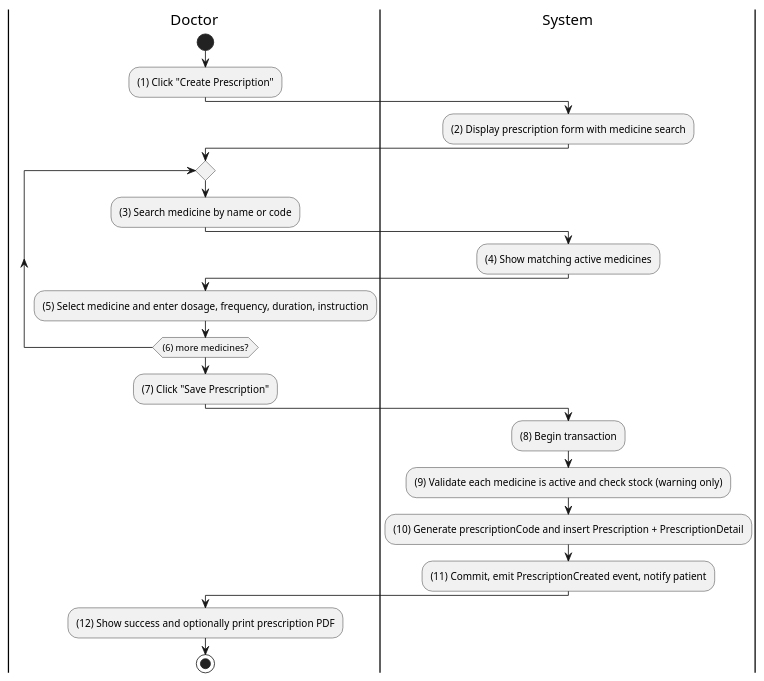
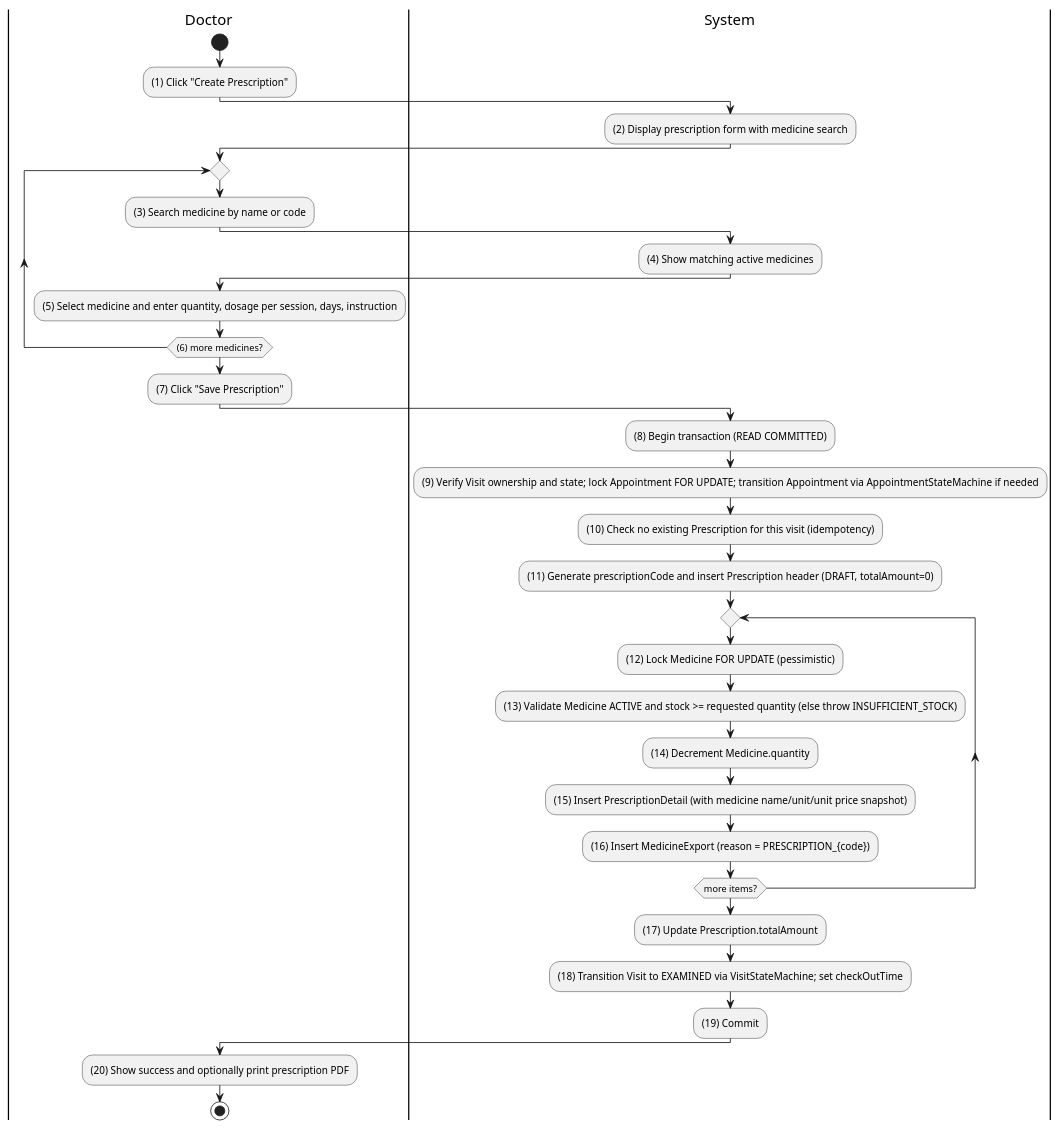
Diagram 15 of 27 in Docs/SRS.md (MinhThienNguyen040905/SE356---He-thong-phong-kham), drawn with PlantUML before and after one commit. The commit also changed other lines of this file and 2 other files, not shown here.

First line of the commit message:
Refine transaction boundaries and data integrity rules in the Clinic Management System documentation

````diff
--- a/Docs/SRS.md
+++ b/Docs/SRS.md
@@ -875,26 +875,36 @@
 ```plantuml
 @startuml
 |Doctor|
 start
 :(1) Click "Create Prescription";
 |System|
 :(2) Display prescription form with medicine search;
 |Doctor|
 repeat
   :(3) Search medicine by name or code;
   |System|
   :(4) Show matching active medicines;
   |Doctor|
-  :(5) Select medicine and enter dosage, frequency, duration, instruction;
+  :(5) Select medicine and enter quantity, dosage per session, days, instruction;
 repeat while ((6) more medicines?)
 :(7) Click "Save Prescription";
 |System|
-:(8) Begin transaction;
-:(9) Validate each medicine is active and check stock (warning only);
-:(10) Generate prescriptionCode and insert Prescription + PrescriptionDetail;
-:(11) Commit, emit PrescriptionCreated event, notify patient;
+:(8) Begin transaction (READ COMMITTED);
+:(9) Verify Visit ownership and state; lock Appointment FOR UPDATE; transition Appointment via AppointmentStateMachine if needed;
+:(10) Check no existing Prescription for this visit (idempotency);
+:(11) Generate prescriptionCode and insert Prescription header (DRAFT, totalAmount=0);
+repeat
+  :(12) Lock Medicine FOR UPDATE (pessimistic);
+  :(13) Validate Medicine ACTIVE and stock >= requested quantity (else throw INSUFFICIENT_STOCK);
+  :(14) Decrement Medicine.quantity;
+  :(15) Insert PrescriptionDetail (with medicine name/unit/unit price snapshot);
+  :(16) Insert MedicineExport (reason = PRESCRIPTION_{code});
+repeat while (more items?)
+:(17) Update Prescription.totalAmount;
+:(18) Transition Visit to EXAMINED via VisitStateMachine; set checkOutTime;
+:(19) Commit;
 |Doctor|
-:(12) Show success and optionally print prescription PDF;
+:(20) Show success and optionally print prescription PDF;
 stop
 @enduml
 ```
````
